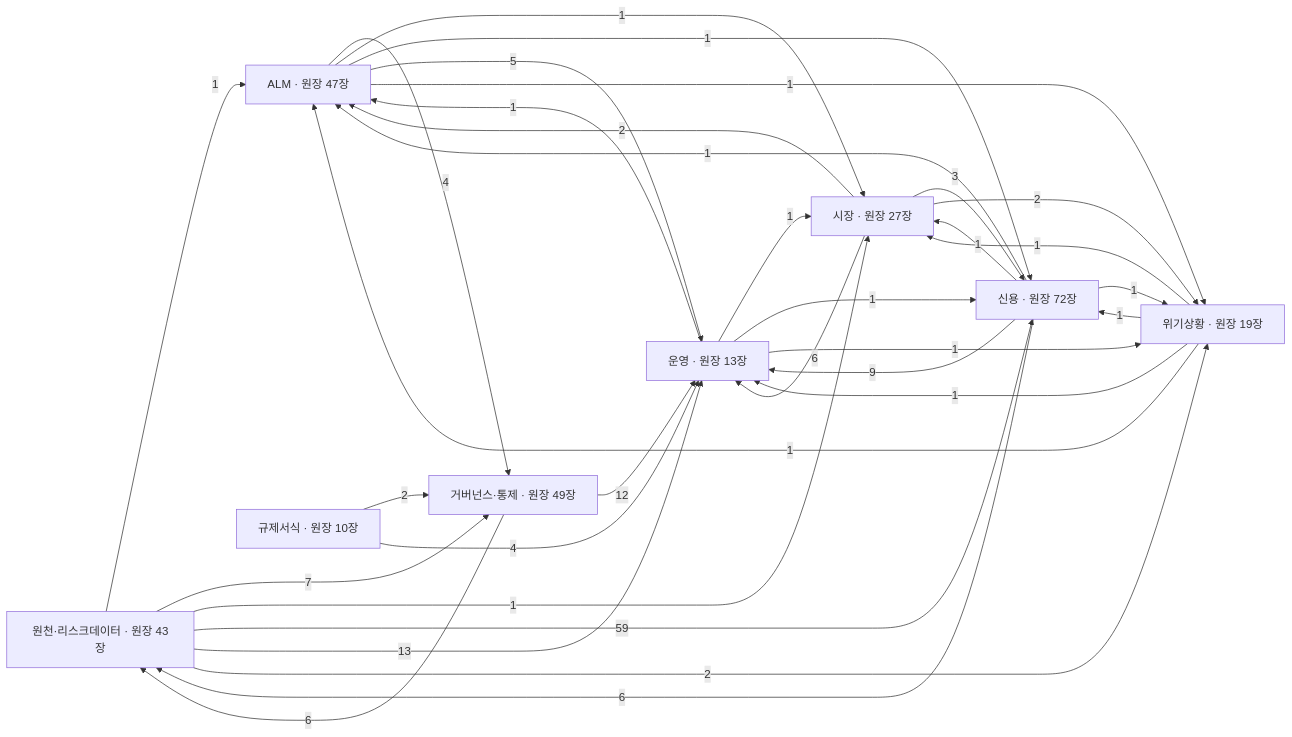
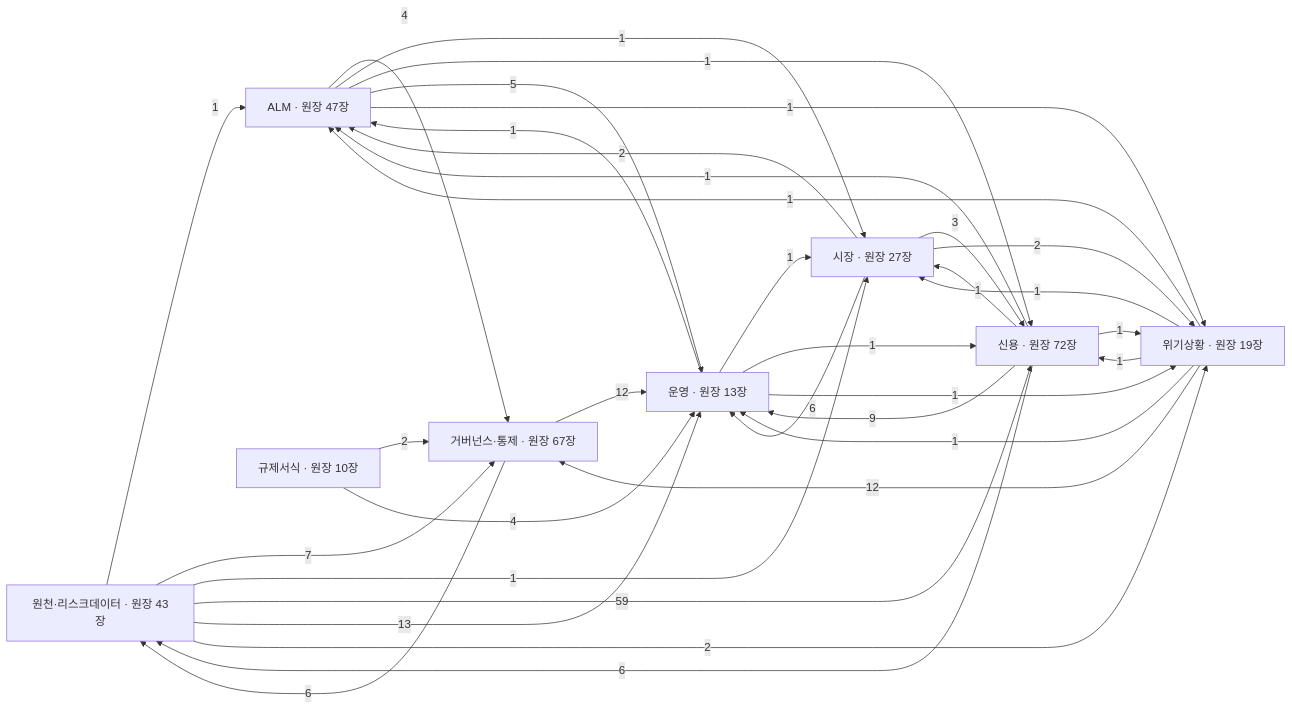
One commit to bbootta/AIops changed the first of 18 diagrams in docs/DATA_FLOW.md. Above: the diagram before and after it, drawn with Mermaid. The commit also changed other lines of this file and 31 other files, not shown here.

````diff
--- a/docs/DATA_FLOW.md
+++ b/docs/DATA_FLOW.md
@@ -44,43 +44,44 @@
 ```mermaid
 flowchart LR
   B1["원천·리스크데이터 · 원장 43장"]
   B2["신용 · 원장 72장"]
   B3["시장 · 원장 27장"]
   B4["운영 · 원장 13장"]
   B5["ALM · 원장 47장"]
   B6["위기상황 · 원장 19장"]
   B7["규제서식 · 원장 10장"]
-  B8["거버넌스·통제 · 원장 49장"]
+  B8["거버넌스·통제 · 원장 67장"]
   B5 -->|4| B8
   B5 -->|1| B3
   B5 -->|1| B2
   B5 -->|5| B4
   B5 -->|1| B6
   B8 -->|12| B4
   B8 -->|6| B1
   B7 -->|2| B8
   B7 -->|4| B4
   B3 -->|2| B5
   B3 -->|3| B2
   B3 -->|6| B4
   B3 -->|2| B6
   B2 -->|1| B5
   B2 -->|1| B3
   B2 -->|9| B4
   B2 -->|6| B1
   B2 -->|1| B6
   B4 -->|1| B5
   B4 -->|1| B3
   B4 -->|1| B2
   B4 -->|1| B6
   B1 -->|1| B5
   B1 -->|7| B8
   B1 -->|1| B3
   B1 -->|59| B2
   B1 -->|13| B4
   B1 -->|2| B6
   B6 -->|1| B5
+  B6 -->|12| B8
   B6 -->|1| B3
   B6 -->|1| B2
   B6 -->|1| B4
 ```
````
